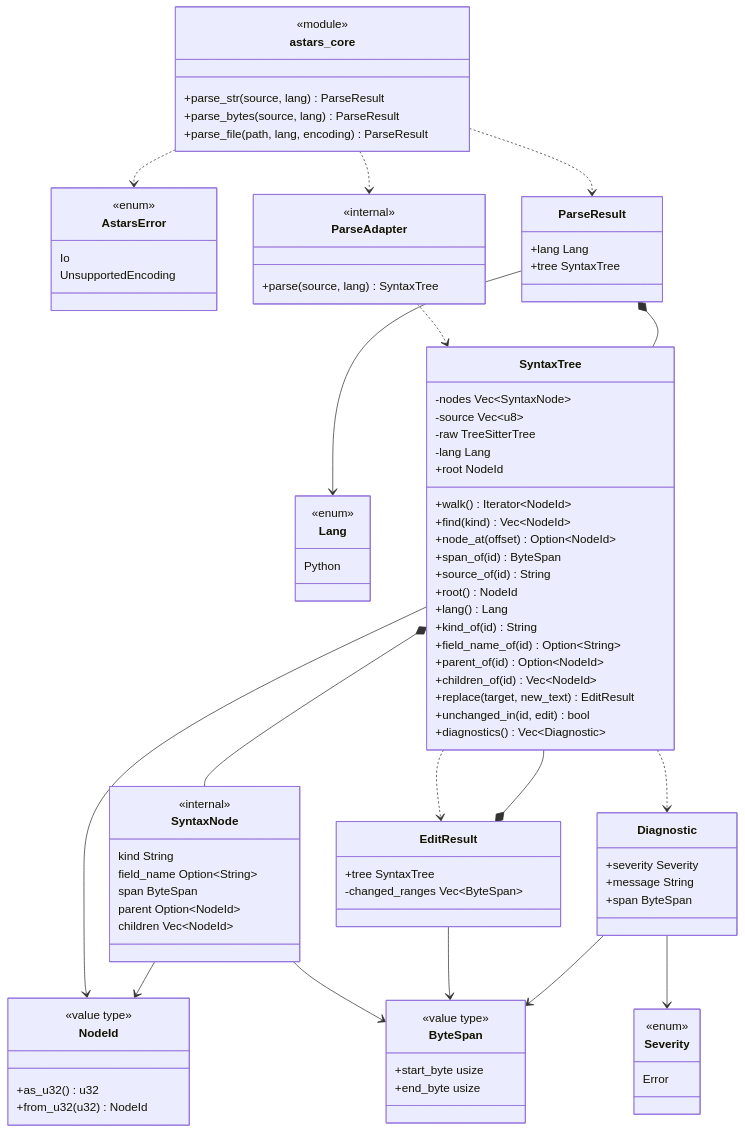
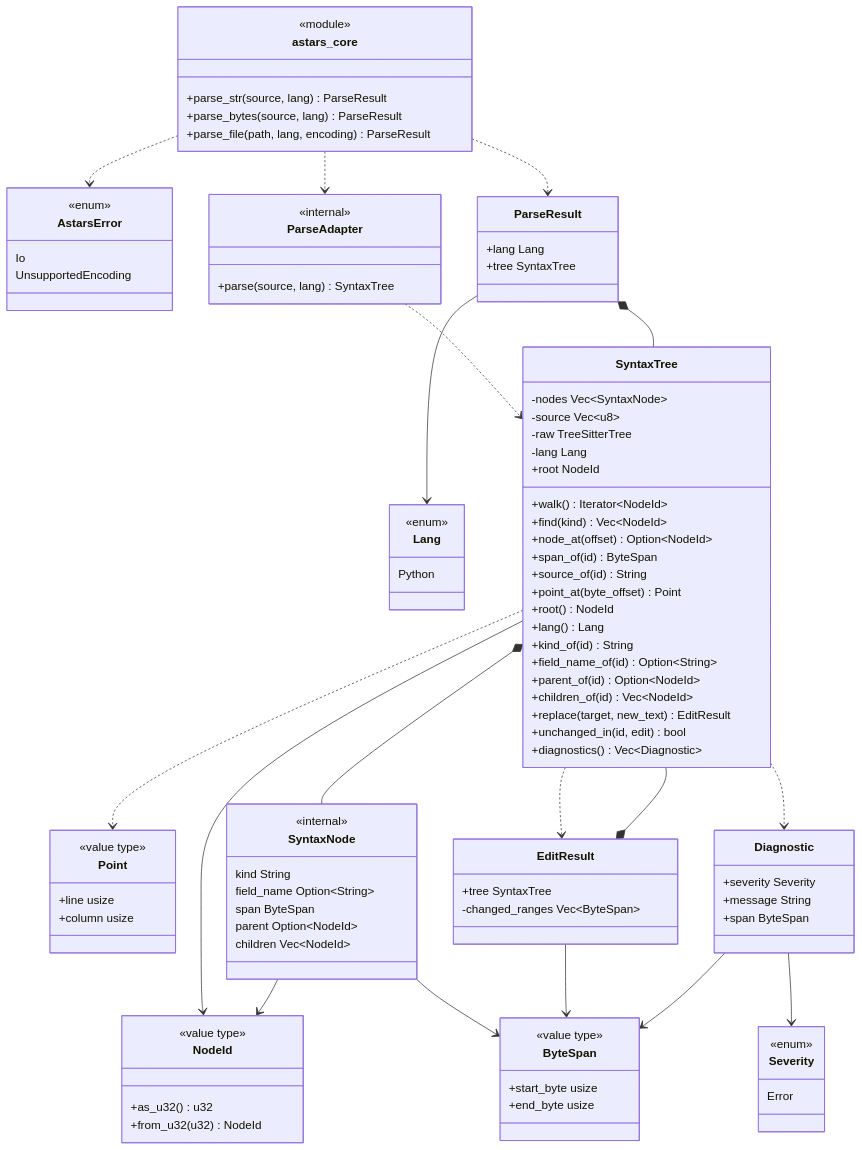
One commit to xwasoux/astars changed the first of 4 diagrams in docs/architecture/ARCHITECTURE.ja.md. Above: the diagram before and after it, drawn with Mermaid. The commit also changed other lines of this file and 5 other files, not shown here.

First line of the commit message:
feat: SourceSpanのpoint(line/column)APIを追加

```diff
--- a/docs/architecture/ARCHITECTURE.ja.md
+++ b/docs/architecture/ARCHITECTURE.ja.md
@@ -37,6 +37,11 @@
         <<value type>>
         +start_byte usize
         +end_byte usize
+    }
+    class Point {
+        <<value type>>
+        +line usize
+        +column usize
     }
     class NodeId {
         <<value type>>
@@ -67,6 +72,7 @@
         +node_at(offset) Option~NodeId~
         +span_of(id) ByteSpan
         +source_of(id) String
+        +point_at(byte_offset) Point
         +root() NodeId
         +lang() Lang
         +kind_of(id) String
@@ -104,6 +110,7 @@
     ParseResult --> Lang
     SyntaxTree *-- SyntaxNode
     SyntaxTree --> NodeId
+    SyntaxTree ..> Point
     SyntaxNode --> NodeId
     SyntaxNode --> ByteSpan
     SyntaxTree ..> EditResult
```
